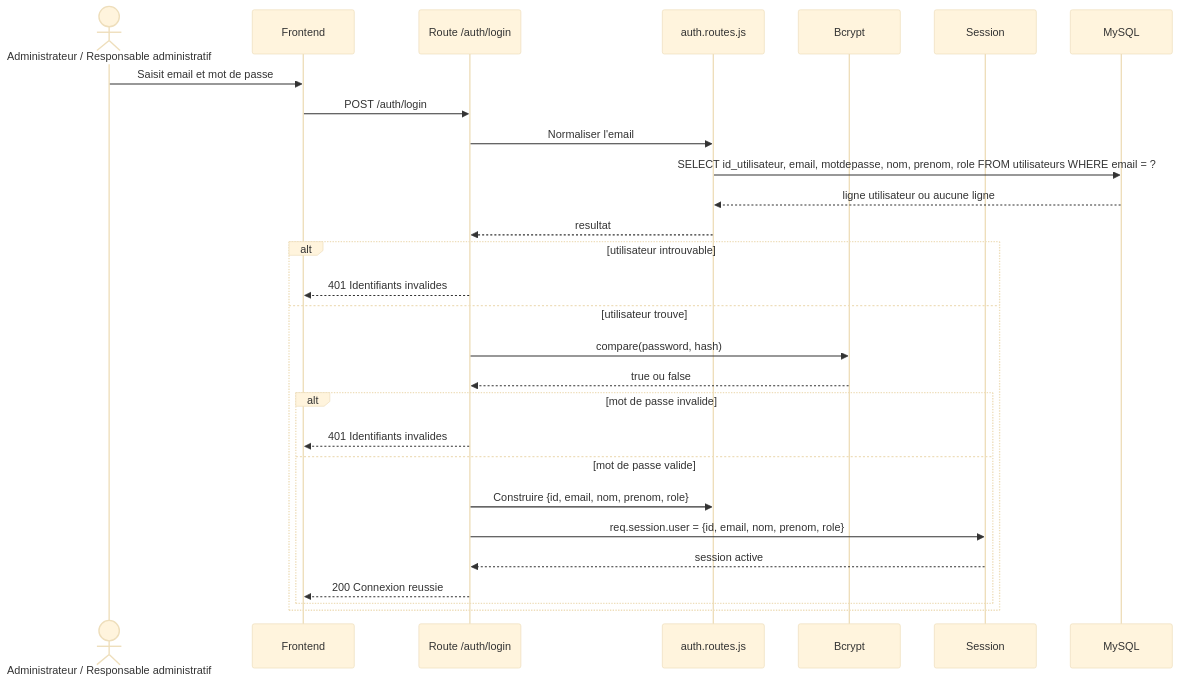
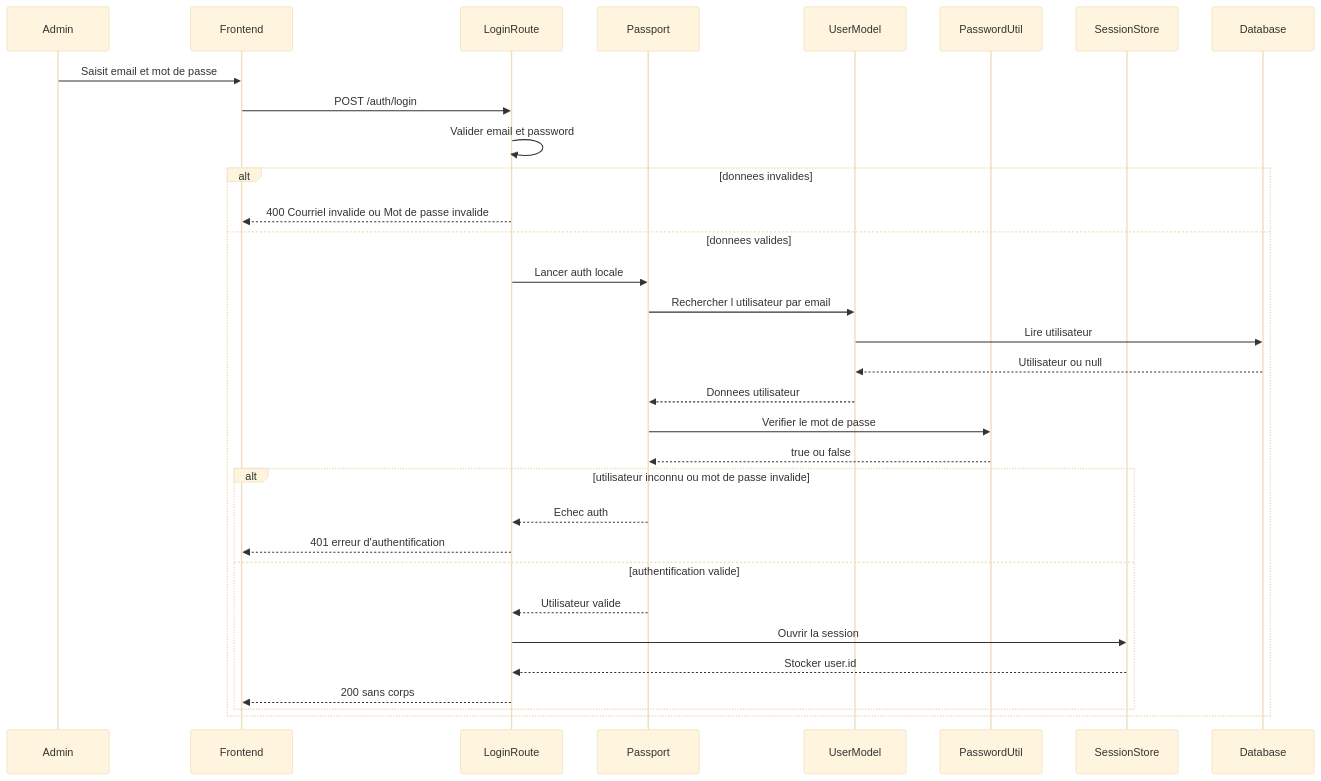
Before and after one commit to saberkara10/Horaire-5: the first of 2 diagrams in documents/conception-auth.md, drawn with Mermaid (base theme). The commit also changed other lines of this file and 2 other files, not shown here.

````diff
--- a/documents/conception-auth.md
+++ b/documents/conception-auth.md
@@ -60,33 +78,37 @@
 ```mermaid
 sequenceDiagram
-    actor UtilisateurAdministratif as Administrateur / Responsable administratif
+    participant Admin
     participant Frontend
-    participant RouteAuth as Route /auth/login
-    participant RouteLogic as auth.routes.js
-    participant Bcrypt
-    participant Session
-    participant MySQL
+    participant LoginRoute
+    participant Passport
+    participant UserModel
+    participant PasswordUtil
+    participant SessionStore
+    participant Database
 
-    UtilisateurAdministratif->>Frontend: Saisit email et mot de passe
-    Frontend->>RouteAuth: POST /auth/login
-    RouteAuth->>RouteLogic: Normaliser l'email
-    RouteLogic->>MySQL: SELECT id_utilisateur, email, motdepasse, nom, prenom, role FROM utilisateurs WHERE email = ?
-    MySQL-->>RouteLogic: ligne utilisateur ou aucune ligne
-    RouteLogic-->>RouteAuth: resultat
+    Admin->>Frontend: Saisit email et mot de passe
+    Frontend->>LoginRoute: POST /auth/login
+    LoginRoute->>LoginRoute: Valider email et password
 
-    alt utilisateur introuvable
-        RouteAuth-->>Frontend: 401 Identifiants invalides
-    else utilisateur trouve
-        RouteAuth->>Bcrypt: compare(password, hash)
-        Bcrypt-->>RouteAuth: true ou false
+    alt donnees invalides
+        LoginRoute-->>Frontend: 400 Courriel invalide ou Mot de passe invalide
+    else donnees valides
+        LoginRoute->>Passport: Lancer auth locale
+        Passport->>UserModel: Rechercher l utilisateur par email
+        UserModel->>Database: Lire utilisateur
+        Database-->>UserModel: Utilisateur ou null
+        UserModel-->>Passport: Donnees utilisateur
+        Passport->>PasswordUtil: Verifier le mot de passe
+        PasswordUtil-->>Passport: true ou false
 
-        alt mot de passe invalide
-            RouteAuth-->>Frontend: 401 Identifiants invalides
-        else mot de passe valide
-            RouteAuth->>RouteLogic: Construire {id, email, nom, prenom, role}
-            RouteAuth->>Session: req.session.user = {id, email, nom, prenom, role}
-            Session-->>RouteAuth: session active
-            RouteAuth-->>Frontend: 200 Connexion reussie
+        alt utilisateur inconnu ou mot de passe invalide
+            Passport-->>LoginRoute: Echec auth
+            LoginRoute-->>Frontend: 401 erreur d'authentification
+        else authentification valide
+            Passport-->>LoginRoute: Utilisateur valide
+            LoginRoute->>SessionStore: Ouvrir la session
+            SessionStore-->>LoginRoute: Stocker user.id
+            LoginRoute-->>Frontend: 200 sans corps
         end
     end
 ```
````
